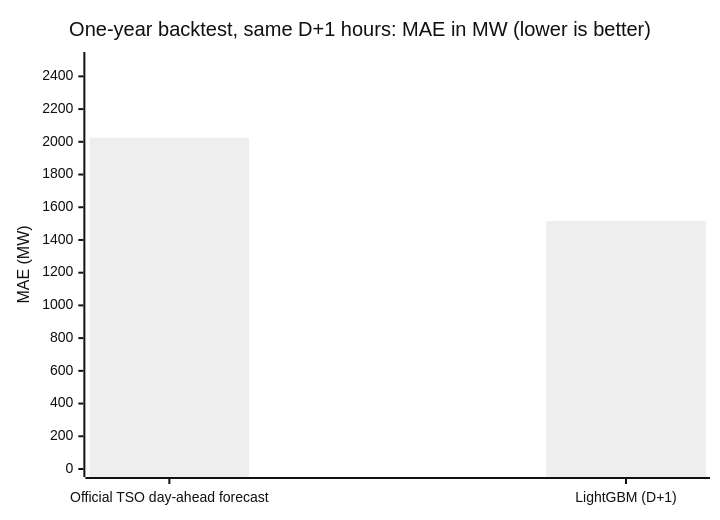
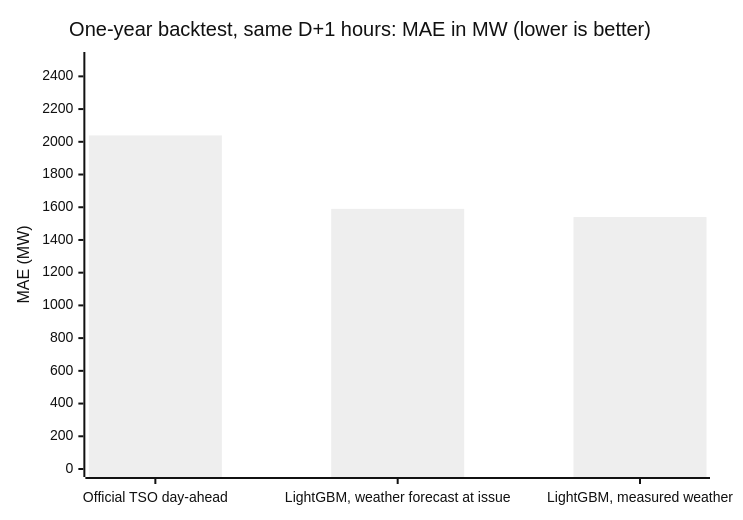
One commit to laabidi-ahmed-ai/germany-electricity-load-forecasting-mlops changed the first of 2 diagrams in README.md. Above: the diagram before and after it, drawn with Mermaid (neutral theme). The commit also changed other lines of this file and 1 other file, not shown here.

````diff
--- a/README.md
+++ b/README.md
@@ -11,7 +11,7 @@
 ```mermaid
 xychart-beta
     title "One-year backtest, same D+1 hours: MAE in MW (lower is better)"
-    x-axis ["Official TSO day-ahead forecast", "LightGBM (D+1)"]
+    x-axis ["Official TSO day-ahead", "LightGBM, weather forecast at issue", "LightGBM, measured weather"]
     y-axis "MAE (MW)" 0 --> 2500
-    bar [2025, 1515]
+    bar [2039, 1590, 1540]
 ```
````
